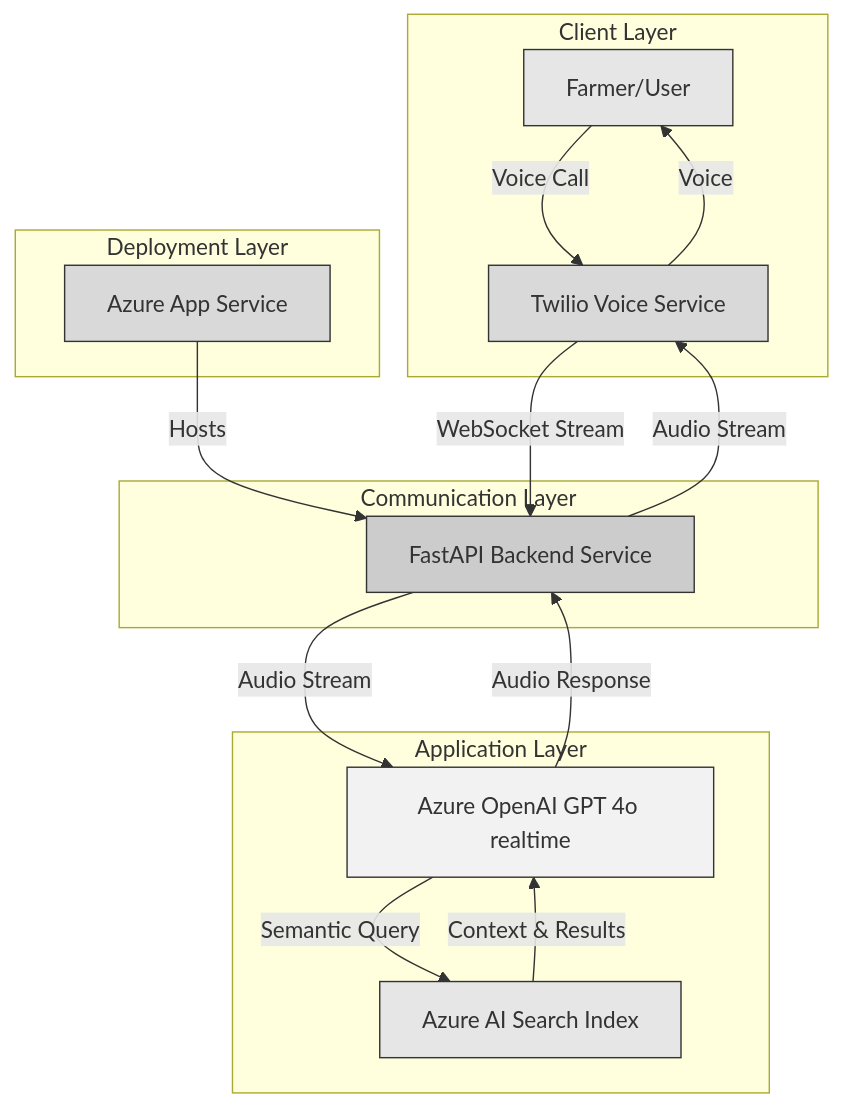
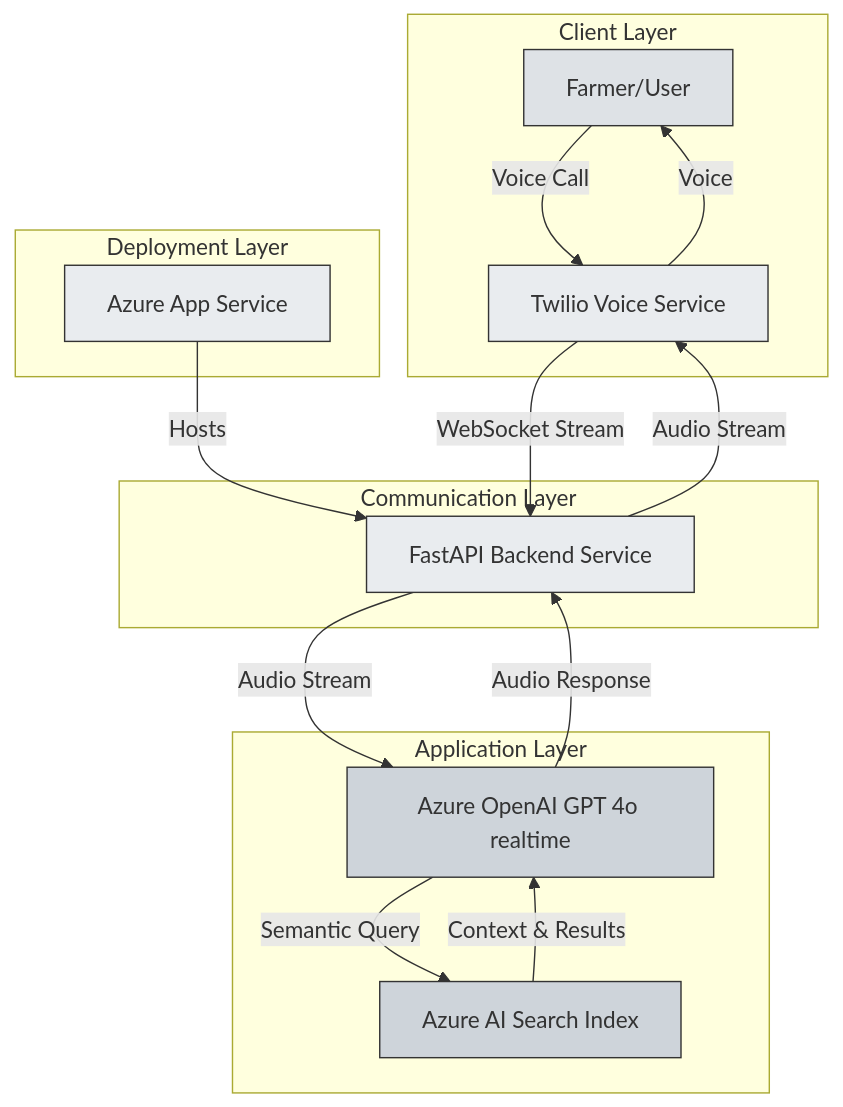
The first of 2 diagrams in readme.md (bhushang19/agri-voice-rag), drawn with Mermaid before and after one commit.

Commit message:
Refactor diagram styles in README.md to use class definitions for improved clarity and maintainability.

````diff
--- a/readme.md
+++ b/readme.md
@@ -96,31 +96,33 @@
 ```mermaid
 graph TB
     subgraph Client Layer
         A[Farmer/User] -->|Voice Call| B[Twilio Voice Service]
     end
 
     subgraph Communication Layer
         B -->|WebSocket Stream| C[FastAPI Backend Service]
     end
 
     subgraph Application Layer
         C -->|Audio Stream| D[Azure OpenAI GPT 4o realtime]
         D -->|Semantic Query| E[Azure AI Search Index]
         E -->|Context & Results| D
         D -->|Audio Response| C
     end
 
     subgraph Deployment Layer
         I[Azure App Service] -->|Hosts| C
     end
 
     C -->|Audio Stream| B
     B -->|Voice| A
 
-    style A fill:#e6e6e6,stroke:#333,stroke-width:1px
-    style B fill:#d9d9d9,stroke:#333,stroke-width:1px
-    style C fill:#cccccc,stroke:#333,stroke-width:1px
-    style D fill:#f2f2f2,stroke:#333,stroke-width:1px
-    style E fill:#e6e6e6,stroke:#333,stroke-width:1px
-    style I fill:#d9d9d9,stroke:#333,stroke-width:1px
+    classDef default fill:#f8f9fa,stroke:#333,stroke-width:1px,color:#333
+    classDef service fill:#e9ecef,stroke:#333,stroke-width:1px,color:#333
+    classDef user fill:#dee2e6,stroke:#333,stroke-width:1px,color:#333
+    classDef search fill:#ced4da,stroke:#333,stroke-width:1px,color:#333
+
+    class A user
+    class B,C,I service
+    class D,E search
 ```
````
